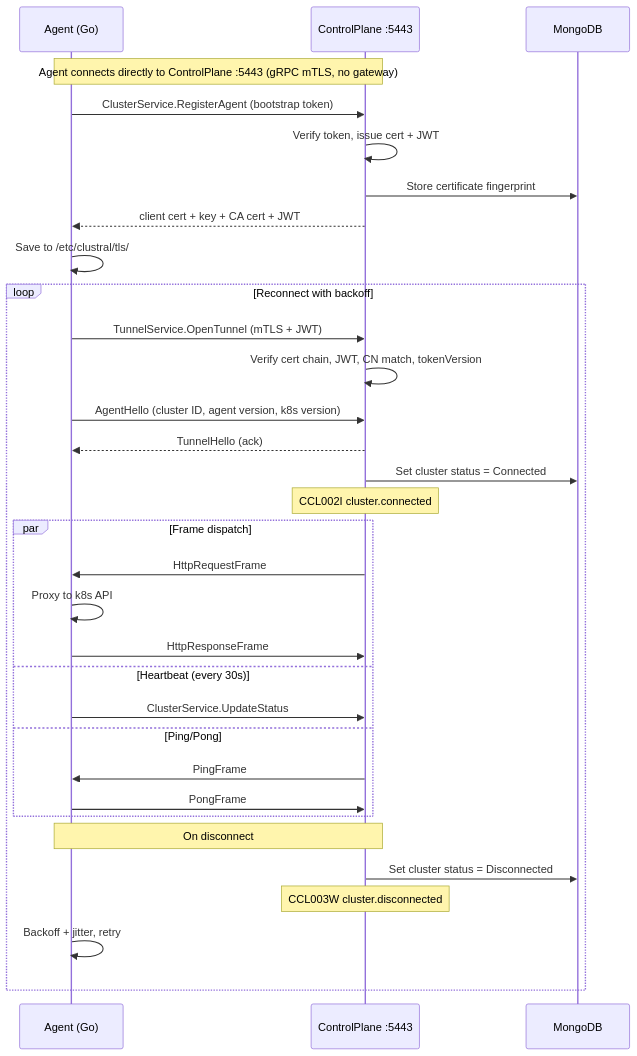
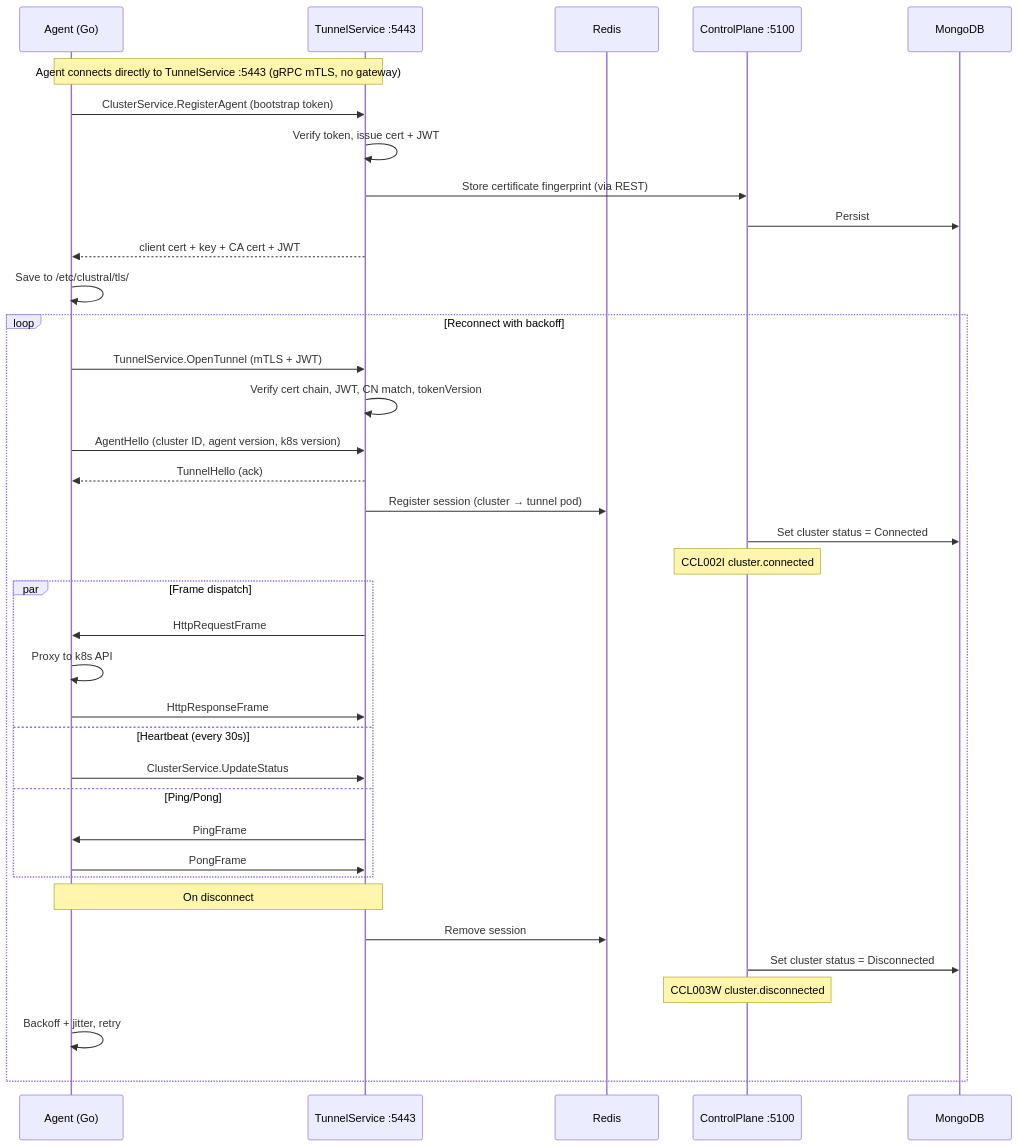
The fourth of 19 diagrams in README.md (Clustral/clustral), drawn with Mermaid before and after one commit. The commit also changed other lines of this file and 10 other files, not shown here.

First line of the commit message:
docs: update all diagrams + docs for TunnelService split (#4)

````diff
--- a/README.md
+++ b/README.md
@@ -140,39 +152,44 @@
 ```mermaid
 sequenceDiagram
     participant Agent as Agent (Go)
-    participant CP as ControlPlane :5443
+    participant TS as TunnelService :5443
+    participant REDIS as Redis
+    participant CP as ControlPlane :5100
     participant DB as MongoDB
 
-    Note over Agent,CP: Agent connects directly to ControlPlane :5443 (gRPC mTLS, no gateway)
+    Note over Agent,TS: Agent connects directly to TunnelService :5443 (gRPC mTLS, no gateway)
 
-    Agent->>CP: ClusterService.RegisterAgent (bootstrap token)
-    CP->>CP: Verify token, issue cert + JWT
-    CP->>DB: Store certificate fingerprint
-    CP-->>Agent: client cert + key + CA cert + JWT
+    Agent->>TS: ClusterService.RegisterAgent (bootstrap token)
+    TS->>TS: Verify token, issue cert + JWT
+    TS->>CP: Store certificate fingerprint (via REST)
+    CP->>DB: Persist
+    TS-->>Agent: client cert + key + CA cert + JWT
     Agent->>Agent: Save to /etc/clustral/tls/
 
     loop Reconnect with backoff
-        Agent->>CP: TunnelService.OpenTunnel (mTLS + JWT)
-        CP->>CP: Verify cert chain, JWT, CN match, tokenVersion
-        Agent->>CP: AgentHello (cluster ID, agent version, k8s version)
-        CP-->>Agent: TunnelHello (ack)
+        Agent->>TS: TunnelService.OpenTunnel (mTLS + JWT)
+        TS->>TS: Verify cert chain, JWT, CN match, tokenVersion
+        Agent->>TS: AgentHello (cluster ID, agent version, k8s version)
+        TS-->>Agent: TunnelHello (ack)
+        TS->>REDIS: Register session (cluster → tunnel pod)
         CP->>DB: Set cluster status = Connected
         Note over CP: CCL002I cluster.connected
 
         par Frame dispatch
-            CP->>Agent: HttpRequestFrame
+            TS->>Agent: HttpRequestFrame
             Agent->>Agent: Proxy to k8s API
-            Agent->>CP: HttpResponseFrame
+            Agent->>TS: HttpResponseFrame
         and Heartbeat (every 30s)
-            Agent->>CP: ClusterService.UpdateStatus
+            Agent->>TS: ClusterService.UpdateStatus
         and Ping/Pong
-            CP->>Agent: PingFrame
-            Agent->>CP: PongFrame
+            TS->>Agent: PingFrame
+            Agent->>TS: PongFrame
         end
 
-        Note over Agent,CP: On disconnect
+        Note over Agent,TS: On disconnect
+        TS->>REDIS: Remove session
         CP->>DB: Set cluster status = Disconnected
         Note over CP: CCL003W cluster.disconnected
         Agent->>Agent: Backoff + jitter, retry
     end
 ```
````
